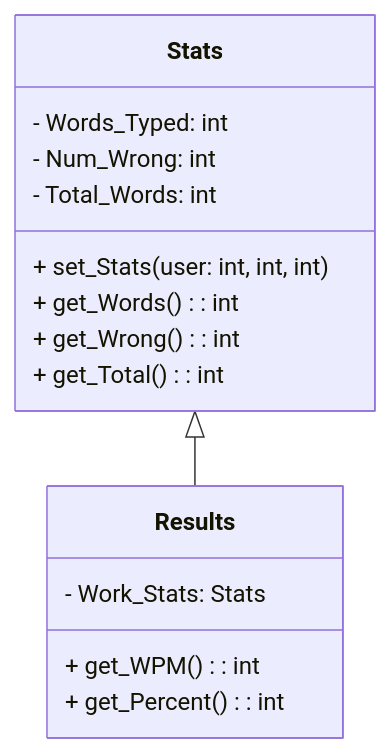
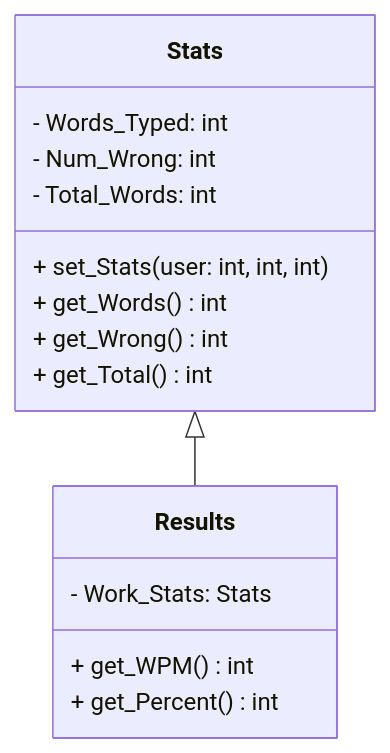
Before and after one commit to raprado03/tippitytappity-design: the diagram in README.md, drawn with Mermaid.

````diff
--- a/README.md
+++ b/README.md
@@ -8,18 +8,18 @@
 ```mermaid
 classDiagram
   Stats <|-- Results
   class Stats{
         - Words_Typed: int
         - Num_Wrong: int
         - Total_Words: int
         + set_Stats(user: int, int, int)
-        + get_Words(): int
-        + get_Wrong(): int
-        + get_Total(): int
+        + get_Words() int
+        + get_Wrong() int
+        + get_Total() int
   }
   class Results{
         - Work_Stats: Stats
-        + get_WPM(): int
-        + get_Percent(): int
+        + get_WPM() int
+        + get_Percent() int
   }
 ```
````
